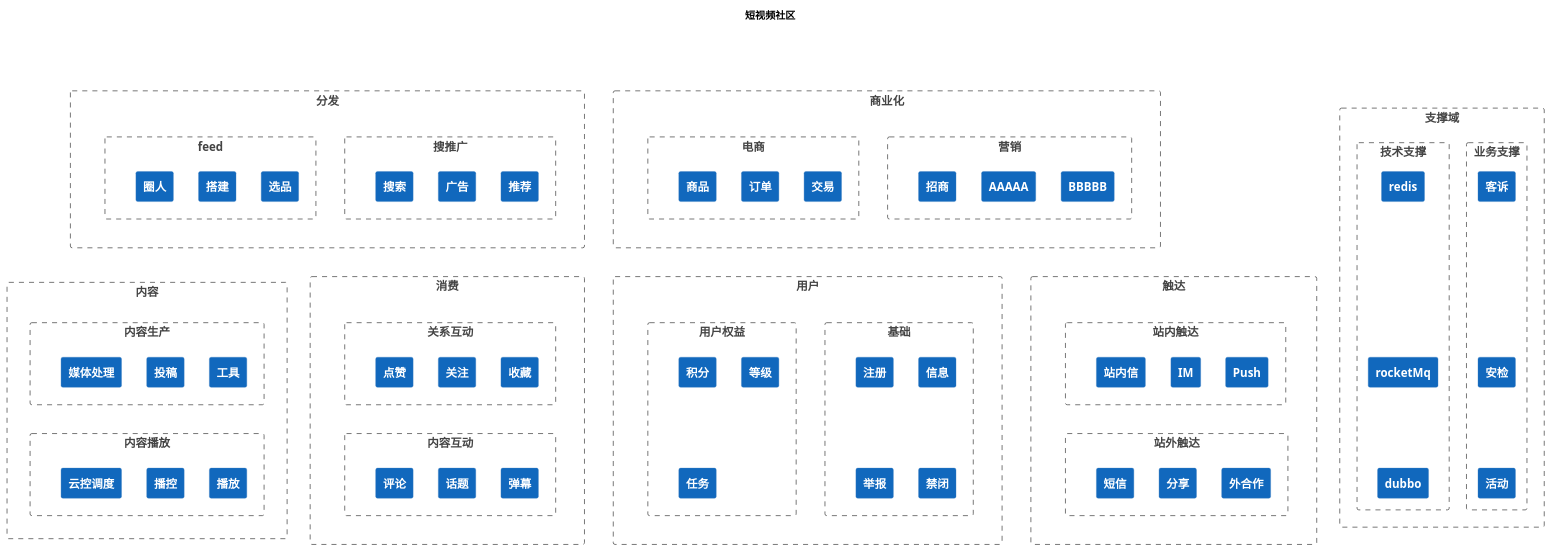
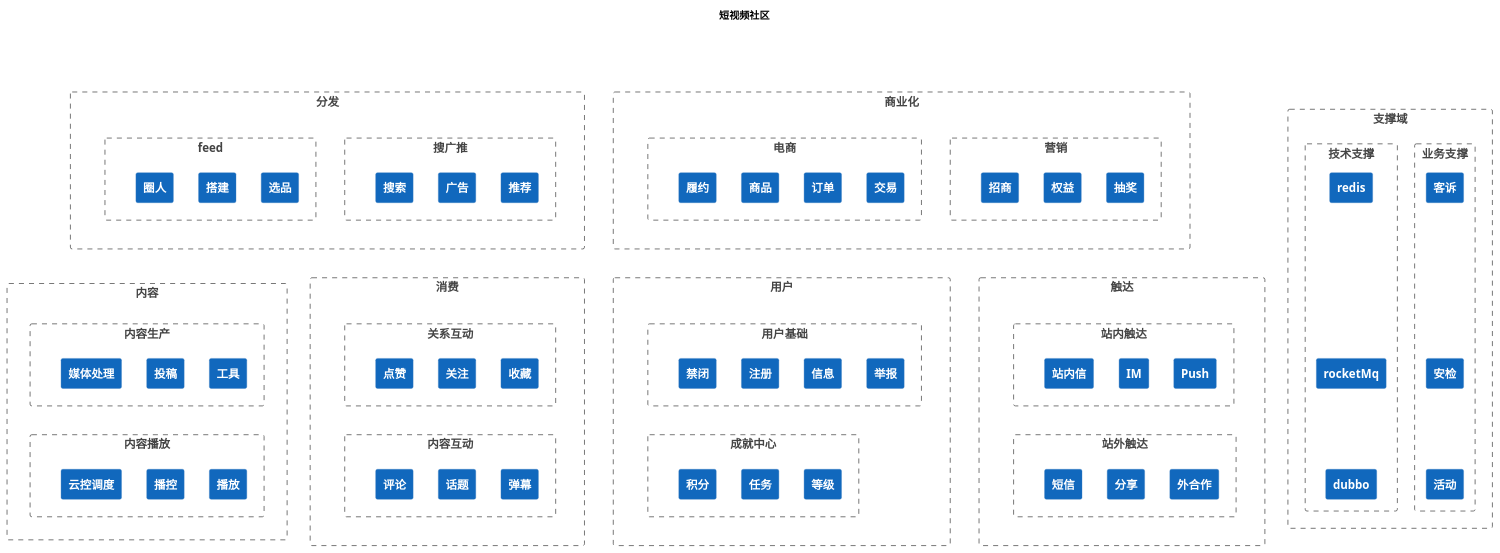
One commit to nxnnxn/community-doc changed the diagram in puml/system.puml. Above: the diagram before and after it, drawn with PlantUML. The commit also changed 5 other files, not shown here.

```diff
--- a/puml/system.puml
+++ b/puml/system.puml
@@ -1,161 +1,167 @@
 @startuml
 !include <C4/C4_Context>
 HIDE_STEREOTYPE()
 
 title 短视频社区
 
 Boundary(fenfa,"分发"){
-   Boundary(searchAndRec, "搜推广"){
+   Boundary(searchAndRec, "搜广推"){
      System(search, "搜索")
      System(rec, "推荐")
      System(ad, "广告")
      Lay_L(ad, search)
      Lay_R(ad, rec)
   }
 
   Boundary(feed, "feed"){
      System(quanren, "圈人")
      System(xuanpin, "选品")
      System(dajian, "搭建")
      Lay_L(dajian, quanren)
      Lay_R(dajian, xuanpin)
   }
   Lay_R(searchAndRec, feed)
 }
 
 
 Boundary(content,"内容"){
    Boundary(contentProduction, "内容生产"){
      System(media_process, "媒体处理")
      System(post, "投稿")
      System(postTool, "工具")
      Lay_L(post, media_process)
      Lay_R(post, postTool)
   }
 
   Boundary(contentPlay, "内容播放"){
      System(videoTest, "云控调度")
      System(videoPlay, "播放")
      System(videoCon, "播控")
      Lay_L(videoCon, videoTest)
      Lay_R(videoCon, videoPlay)
   }
   Lay_D(contentProduction, contentPlay)
 }
 
 Boundary(interact,"消费"){
    Boundary(relationInteract, "关系互动"){
      System(follow, "关注")
      System(praise, "点赞")
      System(collect, "收藏")
      Lay_L(follow, praise)
      Lay_R(follow, collect)
   }
 
   Boundary(contentInteract, "内容互动"){
      System(comment, "评论")
      System(bullentComment, "弹幕")
      System(topic, "话题")
      Lay_L(topic, comment)
      Lay_R(topic, bullentComment)
   }
   Lay_D(relationInteract, contentInteract)
 }
 
 Boundary(user,"用户"){
-   Boundary(base, "基础"){
+   Boundary(base, "用户基础"){
      System(zhuce, "注册")
      System(userBase, "信息")
      System(jubao, "举报")
      System(jingbi, "禁闭")
+     Lay_L(userBase, zhuce)
+     Lay_R(userBase, jubao)
   }
 
-  Boundary(userRight, "用户权益"){
+  Boundary(userRight, "成就中心"){
      System(jifen, "积分")
      System(dengji, "等级")
+     System(task, "")
      System(task, "任务")
+     Lay_L(task, jifen)
+     Lay_R(task, dengji)
   }
-  Lay_R(base, userRight)
+  Lay_D(base, userRight)
 }
 
 
 Boundary(touch,"触达"){
    Boundary(inTouch, "站内触达"){
      System(message, "站内信")
      System(push, "Push")
      System(im, "IM")
      Lay_L(im, message)
      Lay_R(im, push)
   }
 
   Boundary(outTouch, "站外触达"){
      System(share, "分享")
      System(shortMessage, "短信")
      System(out, "外合作")
      Lay_L(share, shortMessage)
      Lay_R(share, out)
   }
   Lay_D(inTouch, outTouch)
 }
 Lay_D(fenfa,contentProduction)
 
 
 Boundary(shangyehua,"商业化"){
    Boundary(guanggao, "营销"){
      System(zhaoshang, "招商")
-     System(a, "AAAAA")
-     System(b, "BBBBB")
+     System(a, "权益")
+     System(b, "抽奖")
      Lay_L(a, zhaoshang)
      Lay_R(a, b)
   }
 
   Boundary(ecommerce, "电商"){
      System(goods, "商品")
      System(order, "订单")
      System(trade, "交易")
+      System(luxue, "履约")
      Lay_L(order, goods)
      Lay_R(order, trade)
   }
   Lay_R(guanggao, ecommerce)
 }
 
 
 Lay_R(fenfa,shangyehua)
 
 Lay_D(fenfa,contentProduction)
 Lay_D(fenfa,interact)
 Lay_D(fenfa,user)
 Lay_D(fenfa,touch)
 
 
 Lay_D(shangyehua,contentProduction)
 Lay_D(shangyehua,interact)
 Lay_D(shangyehua,user)
 Lay_D(shangyehua,touch)
 
 Boundary(support,"支撑域"){
    Boundary(businessSupport, "业务支撑"){
        System(audit, "安检")
        System(keshu, "客诉")
        System(huodong, "活动")
        Lay_U(audit, keshu)
        Lay_D(audit, huodong)
      }
 
    Boundary(tecSupport, "技术支撑"){
         System(redis, "redis")
         System(rocketMq, "rocketMq")
         System(dubbo, "dubbo")
         Lay_D(redis, rocketMq)
         Lay_D(rocketMq, dubbo)
     }
 }
 
 
 
 
 
 
 
 
 @enduml
```
